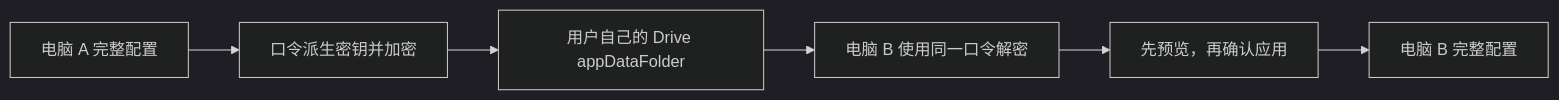
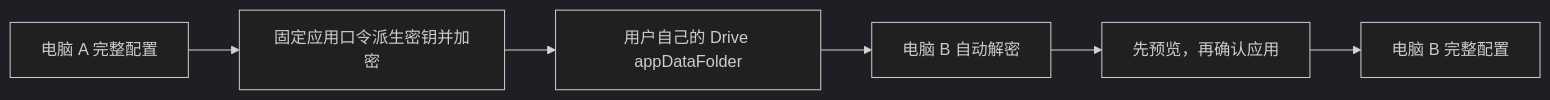
The second of 4 diagrams in docs/maintainers/google-drive-sync-guide.md (ArietidsZ/FluentRead), drawn with Mermaid (dark theme) before and after one commit. The commit also changed other lines of this file and 17 other files, not shown here.

````diff
--- a/docs/maintainers/google-drive-sync-guide.md
+++ b/docs/maintainers/google-drive-sync-guide.md
@@ -72,8 +73,8 @@
 ```mermaid
 flowchart LR
-    A[电脑 A 完整配置] --> EA[口令派生密钥并加密]
+    A[电脑 A 完整配置] --> EA[固定应用口令派生密钥并加密]
     EA --> D[用户自己的 Drive appDataFolder]
-    D --> EB[电脑 B 使用同一口令解密]
+    D --> EB[电脑 B 自动解密]
     EB --> P[先预览，再确认应用]
     P --> B[电脑 B 完整配置]
 ```
````
